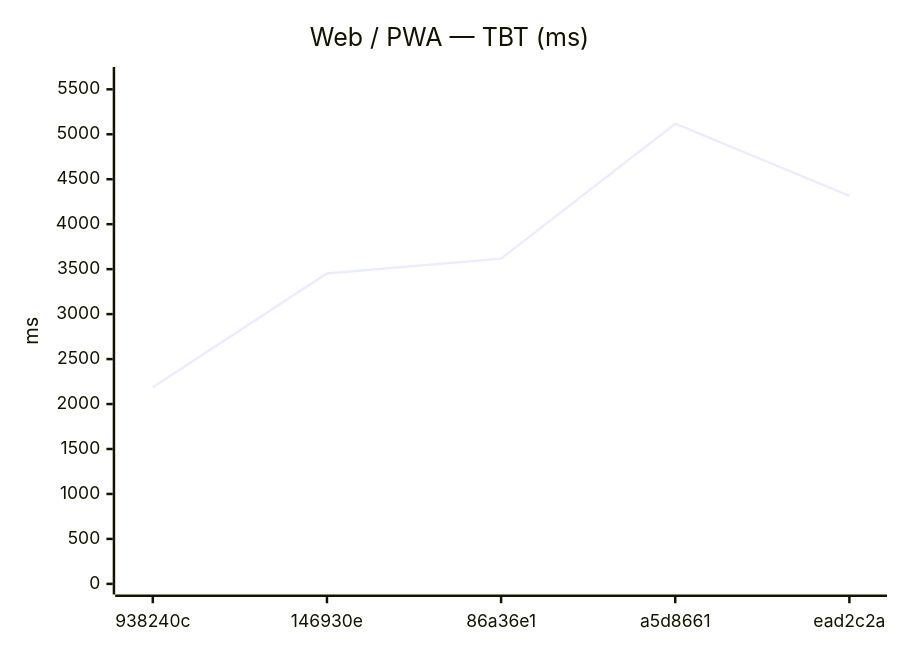
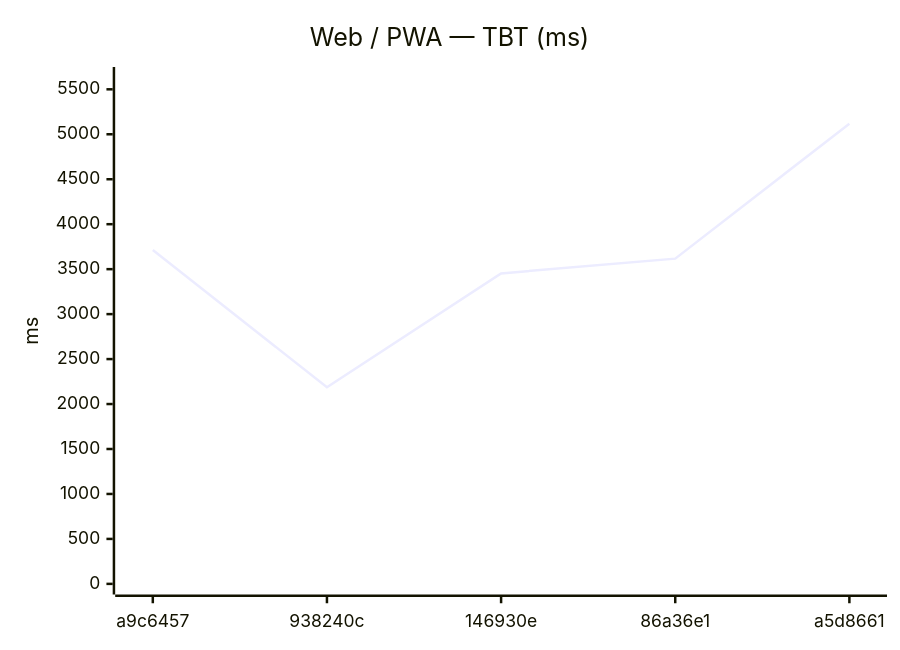
One commit to Metaheurist/Rianell changed the sixth of 12 diagrams in benchmarks/compare.md. Above: the diagram before and after it, drawn with Mermaid. The commit also changed other lines of this file and 8 other files, not shown here.

````diff
--- a/benchmarks/compare.md
+++ b/benchmarks/compare.md
@@ -89,7 +89,7 @@
 ```mermaid
 xychart-beta
     title "Web / PWA — TBT (ms)"
-    x-axis ["938240c", "146930e", "86a36e1", "a5d8661", "ead2c2a"]
+    x-axis ["a9c6457", "938240c", "146930e", "86a36e1", "a5d8661"]
     y-axis "ms" 0 --> 5630
-    line [2187, 3453, 3617, 5118, 4315]
+    line [3713, 2187, 3453, 3617, 5118]
 ```
````
